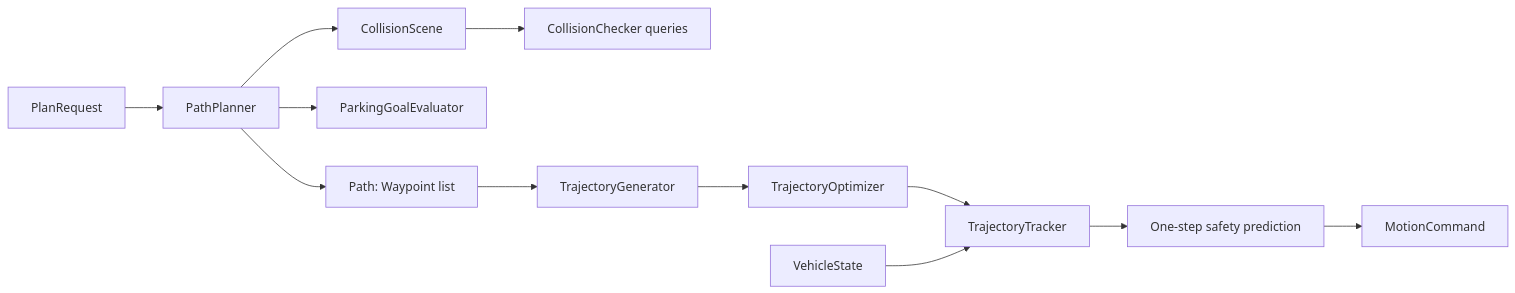
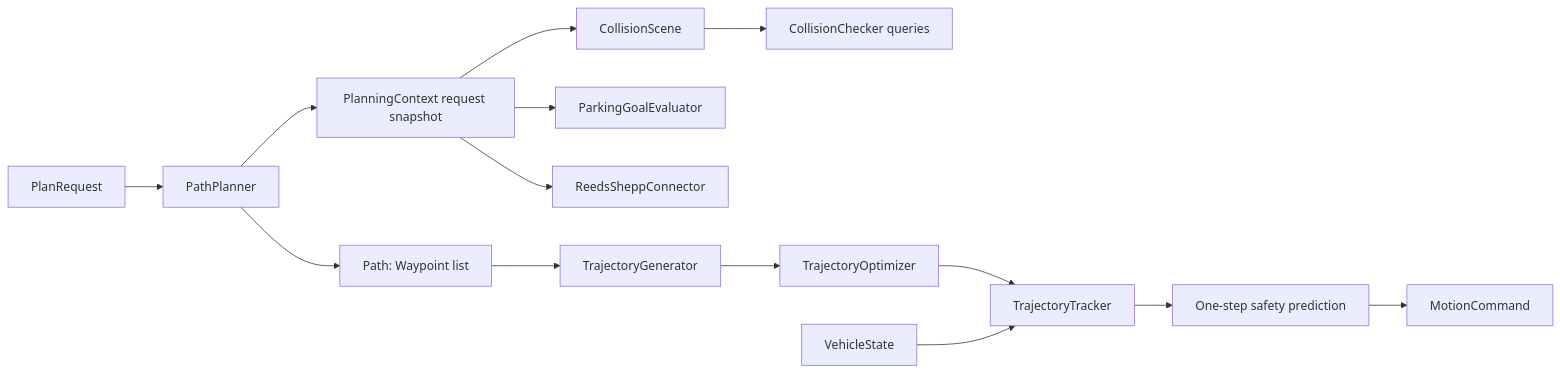
One commit to knmitri/ADASenv changed the diagram in docs/ADAS_STACK_ARCHITECTURE.md. Above: the diagram before and after it, drawn with Mermaid. The commit also changed other lines of this file and 20 other files, not shown here.

Commit message:
Unify per-request planning context

````diff
--- a/docs/ADAS_STACK_ARCHITECTURE.md
+++ b/docs/ADAS_STACK_ARCHITECTURE.md
@@ -46,14 +47,16 @@
 ```mermaid
 flowchart LR
     request[PlanRequest] --> planner[PathPlanner]
-    planner --> scene[CollisionScene]
+    planner --> context[PlanningContext request snapshot]
+    context --> scene[CollisionScene]
     scene --> collision[CollisionChecker queries]
-    planner --> goal[ParkingGoalEvaluator]
+    context --> goal[ParkingGoalEvaluator]
+    context --> connector[ReedsSheppConnector]
     planner --> path[Path: Waypoint list]
     path --> trajectory[TrajectoryGenerator]
     trajectory --> optimizer[TrajectoryOptimizer]
     optimizer --> tracker[TrajectoryTracker]
     state[VehicleState] --> tracker
     tracker --> safety[One-step safety prediction]
     safety --> command[MotionCommand]
 ```
````
